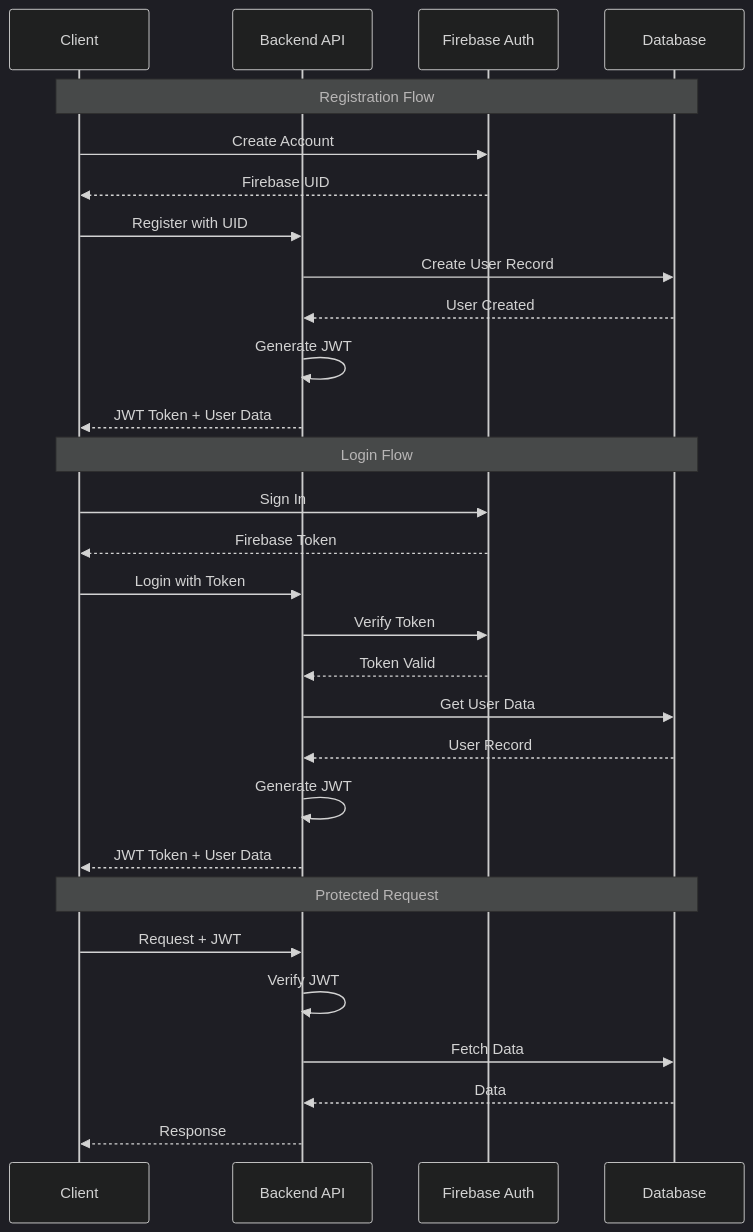
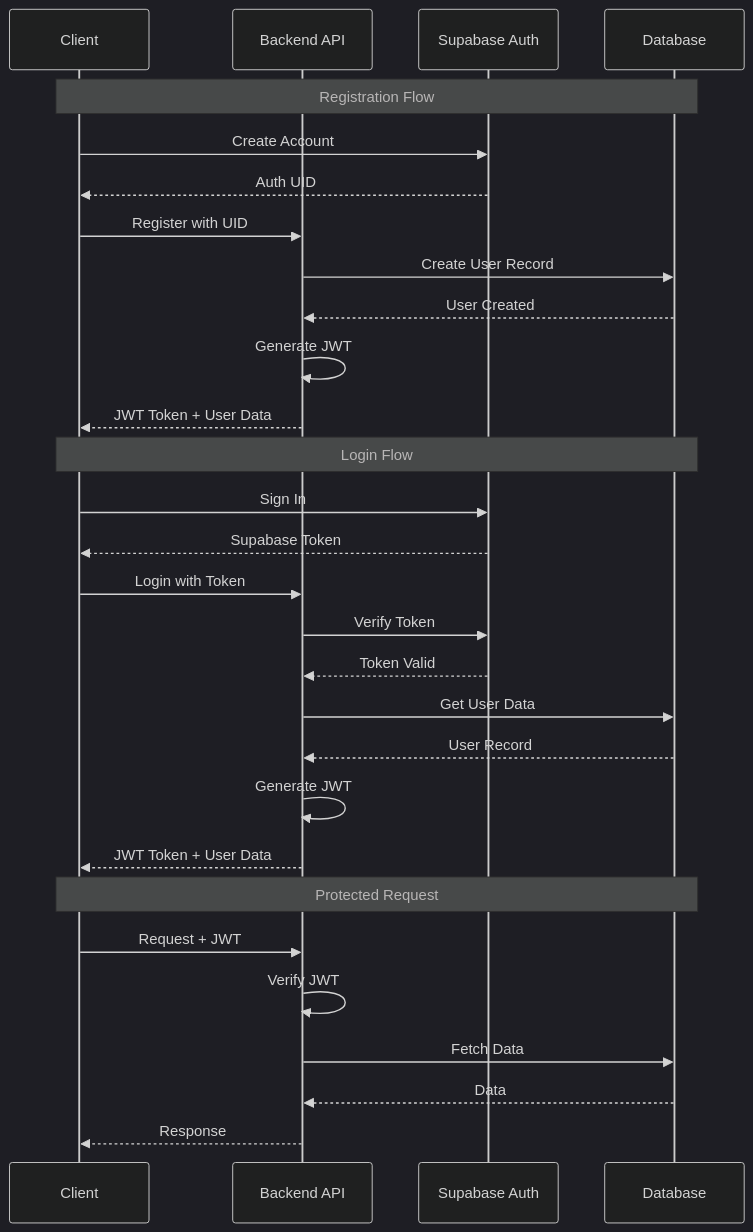
One commit to AbuZar-Babar/TrekPal changed the eighth of 11 diagrams in docs/ARCHITECTURE.md. Above: the diagram before and after it, drawn with Mermaid (dark theme). The commit also changed other lines of this file and 50 other files, not shown here.

````diff
--- a/docs/ARCHITECTURE.md
+++ b/docs/ARCHITECTURE.md
@@ -519,34 +519,34 @@
 ```mermaid
 sequenceDiagram
     participant C as Client
     participant API as Backend API
-    participant FB as Firebase Auth
+    participant FB as Supabase Auth
     participant DB as Database
     
     Note over C,DB: Registration Flow
     C->>FB: Create Account
-    FB-->>C: Firebase UID
+    FB-->>C: Auth UID
     C->>API: Register with UID
     API->>DB: Create User Record
     DB-->>API: User Created
     API->>API: Generate JWT
     API-->>C: JWT Token + User Data
     
     Note over C,DB: Login Flow
     C->>FB: Sign In
-    FB-->>C: Firebase Token
+    FB-->>C: Supabase Token
     C->>API: Login with Token
     API->>FB: Verify Token
     FB-->>API: Token Valid
     API->>DB: Get User Data
     DB-->>API: User Record
     API->>API: Generate JWT
     API-->>C: JWT Token + User Data
     
     Note over C,DB: Protected Request
     C->>API: Request + JWT
     API->>API: Verify JWT
     API->>DB: Fetch Data
     DB-->>API: Data
     API-->>C: Response
 ```
````
